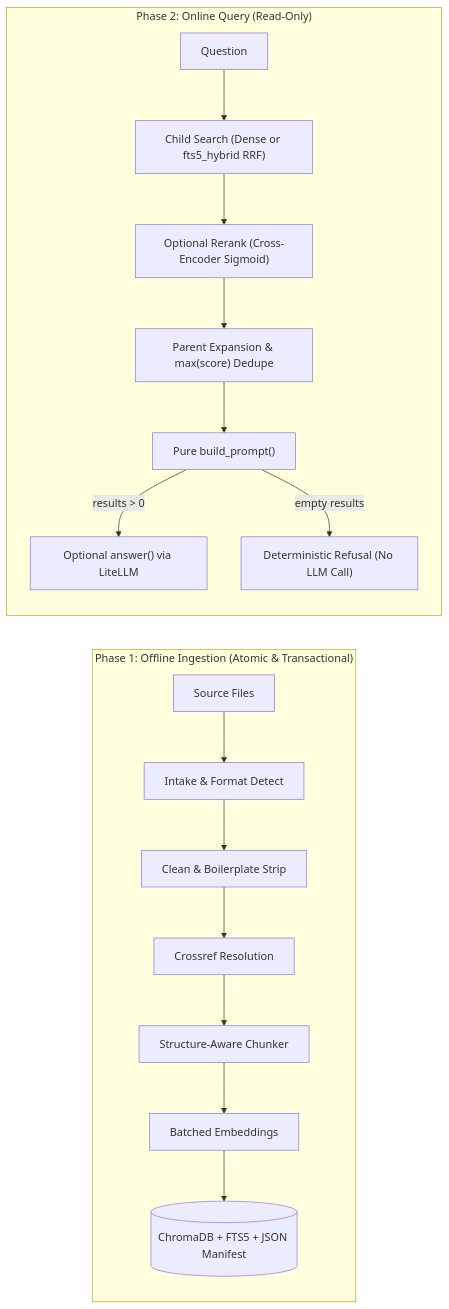
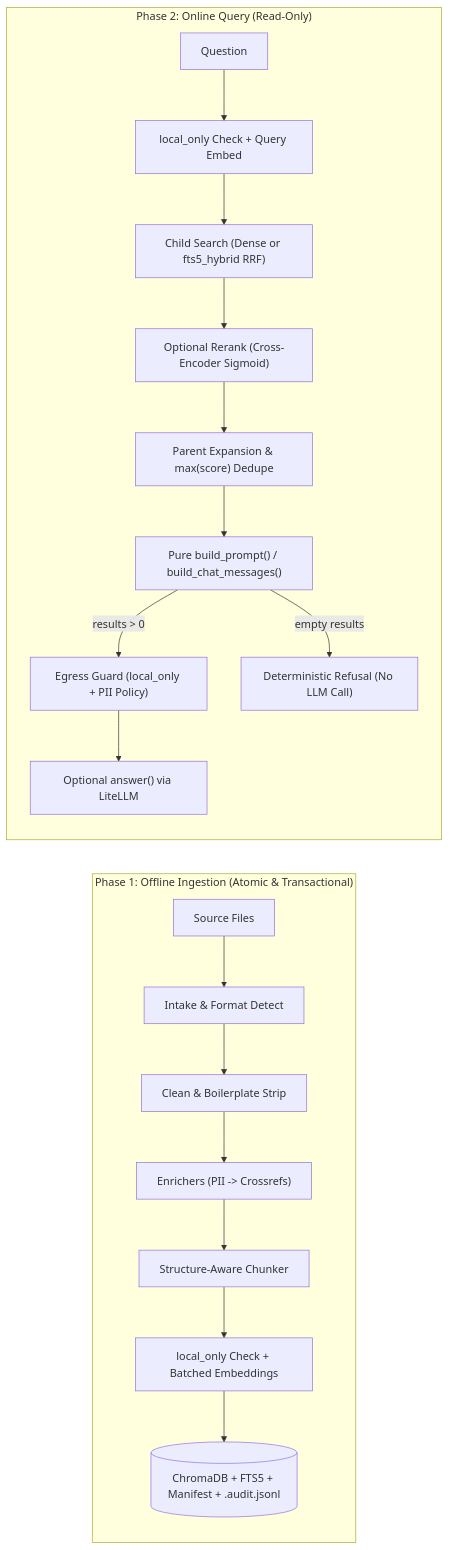
Before and after one commit to ivnmoreno/docpipe-maestro: the diagram in README.md, drawn with Mermaid. The commit also changed other lines of this file and 44 other files, not shown here.

First line of the commit message:
feat(pii): add PII protection, local-only mode, and egress guard

````diff
--- a/README.md
+++ b/README.md
@@ -90,20 +91,22 @@
 ```mermaid
 flowchart LR
     subgraph P1["Phase 1: Offline Ingestion (Atomic & Transactional)"]
         A[Source Files] --> B[Intake & Format Detect]
         B --> C[Clean & Boilerplate Strip]
-        C --> D[Crossref Resolution]
+        C --> D["Enrichers (PII -> Crossrefs)"]
         D --> E[Structure-Aware Chunker]
-        E --> F[Batched Embeddings]
-        F --> G[(ChromaDB + FTS5 + JSON Manifest)]
+        E --> F["local_only Check + Batched Embeddings"]
+        F --> G[(ChromaDB + FTS5 + Manifest + .audit.jsonl)]
     end
 
     subgraph P2["Phase 2: Online Query (Read-Only)"]
-        Q[Question] --> S["Child Search (Dense or fts5_hybrid RRF)"]
+        Q[Question] --> QE["local_only Check + Query Embed"]
+        QE --> S["Child Search (Dense or fts5_hybrid RRF)"]
         S --> RR["Optional Rerank (Cross-Encoder Sigmoid)"]
         RR --> PE["Parent Expansion & max(score) Dedupe"]
-        PE --> BP["Pure build_prompt()"]
-        BP -->|results > 0| LLM["Optional answer() via LiteLLM"]
+        PE --> BP["Pure build_prompt() / build_chat_messages()"]
+        BP -->|results > 0| EG["Egress Guard (local_only + PII Policy)"]
+        EG --> LLM["Optional answer() via LiteLLM"]
         BP -->|empty results| REF["Deterministic Refusal (No LLM Call)"]
     end
 ```
````
